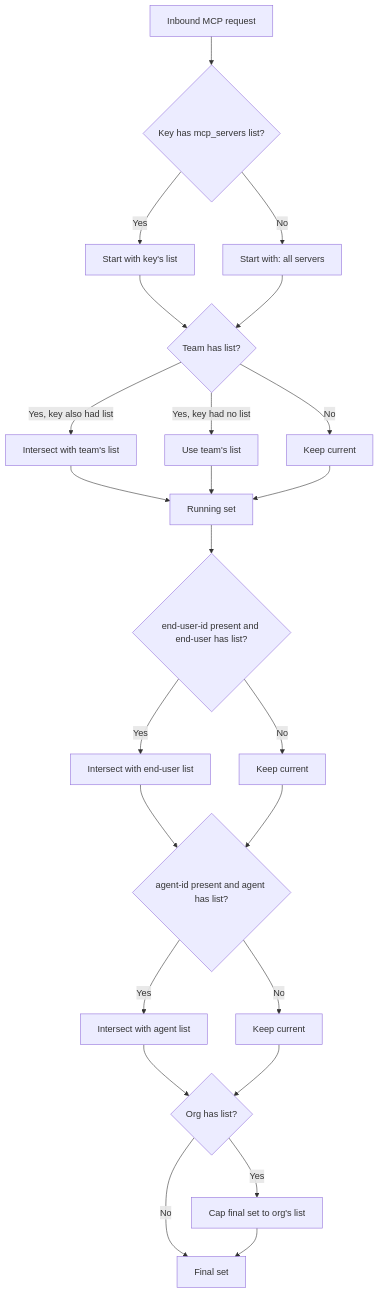
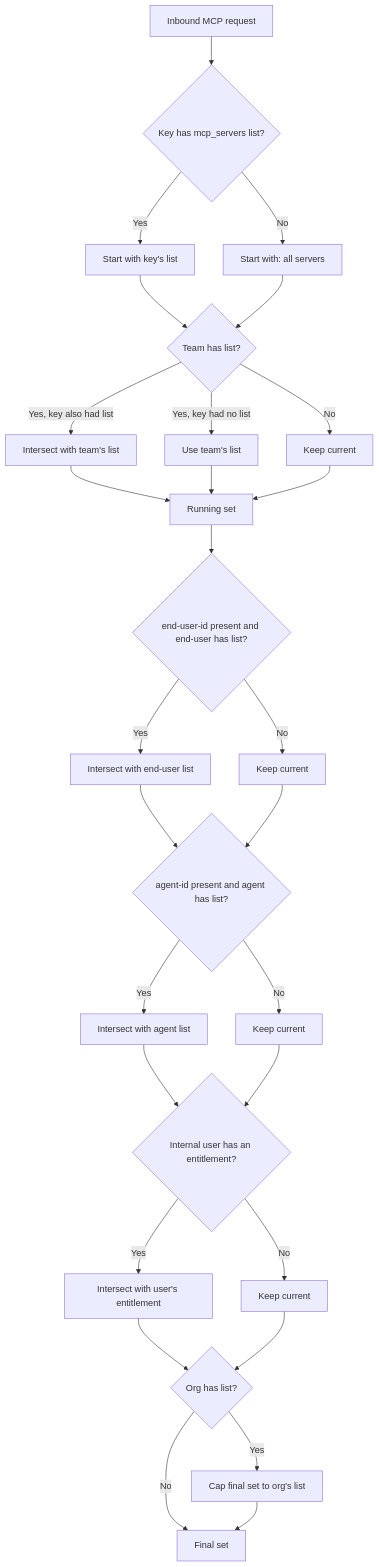
Before and after one commit to BerriAI/litellm-docs: the diagram in docs/mcp_control.md, drawn with Mermaid. The commit also changed other lines of this file and 3 other files, not shown here.

First line of the commit message:
docs(mcp): document the internal user as an MCP entitlement level

````diff
--- a/docs/mcp_control.md
+++ b/docs/mcp_control.md
@@ -52,28 +53,33 @@
 ```mermaid
 flowchart TD
     A[Inbound MCP request] --> B{Key has mcp_servers list?}
     B -->|Yes| C[Start with key's list]
     B -->|No| D[Start with: all servers]
     C --> E{Team has list?}
     D --> E
     E -->|Yes, key also had list| F[Intersect with team's list]
     E -->|Yes, key had no list| G[Use team's list]
     E -->|No| H[Keep current]
     F --> I
     G --> I
     H --> I
     I[Running set] --> J{end-user-id present and end-user has list?}
     J -->|Yes| K[Intersect with end-user list]
     J -->|No| L[Keep current]
     K --> M
     L --> M
     M{agent-id present and agent has list?}
     M -->|Yes| N[Intersect with agent list]
     M -->|No| O[Keep current]
-    N --> P
-    O --> P
+    N --> S
+    O --> S
+    S{Internal user has an entitlement?}
+    S -->|Yes| T[Intersect with user's entitlement]
+    S -->|No| U[Keep current]
+    T --> P
+    U --> P
     P{Org has list?}
     P -->|Yes| Q[Cap final set to org's list]
     P -->|No| R[Final set]
     Q --> R
 ```
````
